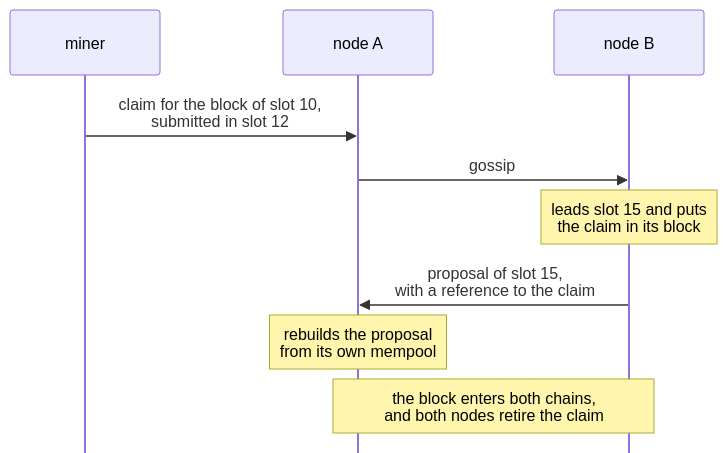
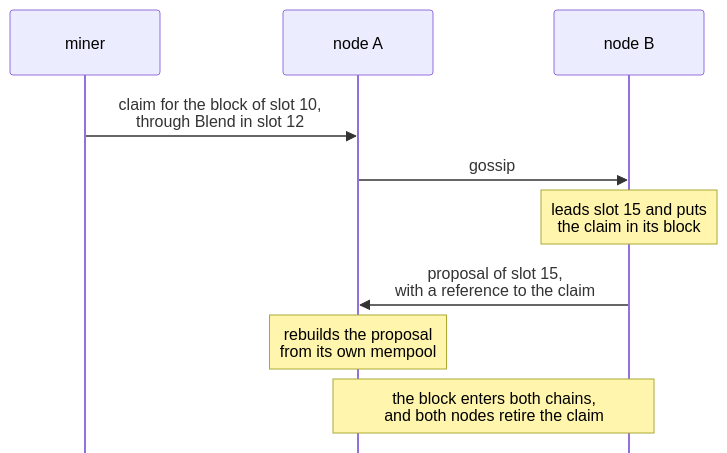
The first of 3 diagrams in docs/blockchain/raw/mempool.md (logos-co/logos-lips), drawn with Mermaid before and after one commit. The commit also changed other lines of this file and 1 other file, not shown here.

First line of the commit message:
docs(blockchain): admit a transaction extracted from Blend as a local submission, as implemented

````diff
--- a/docs/blockchain/raw/mempool.md
+++ b/docs/blockchain/raw/mempool.md
@@ -45,17 +45,17 @@
 ```mermaid
 ---
 config:
   sequence:
     mirrorActors: false
 ---
 sequenceDiagram
     participant M as miner
     participant A as node A
     participant B as node B
-    M->>A: claim for the block of slot 10,<br/>submitted in slot 12
+    M->>A: claim for the block of slot 10,<br/>through Blend in slot 12
     A->>B: gossip
     Note over B: leads slot 15 and puts<br/>the claim in its block
     B->>A: proposal of slot 15,<br/>with a reference to the claim
     Note over A: rebuilds the proposal<br/>from its own mempool
     Note over A,B: the block enters both chains,<br/>and both nodes retire the claim
 ```
````
